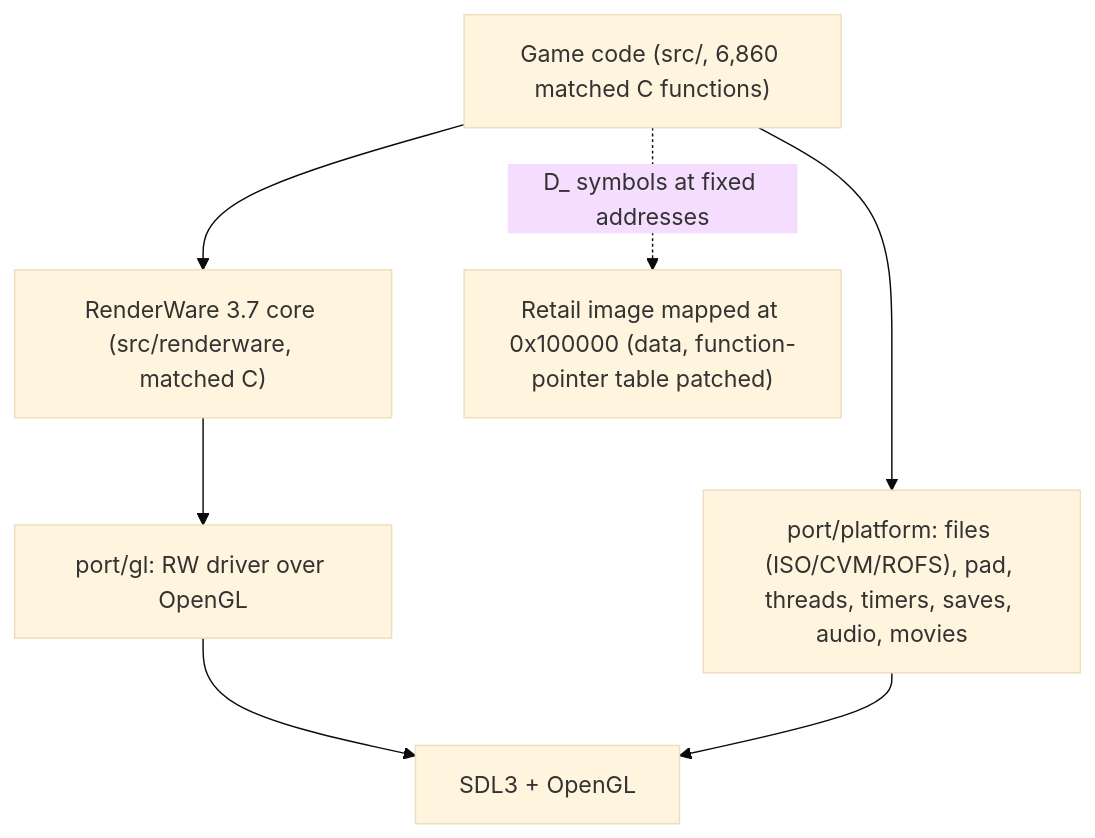
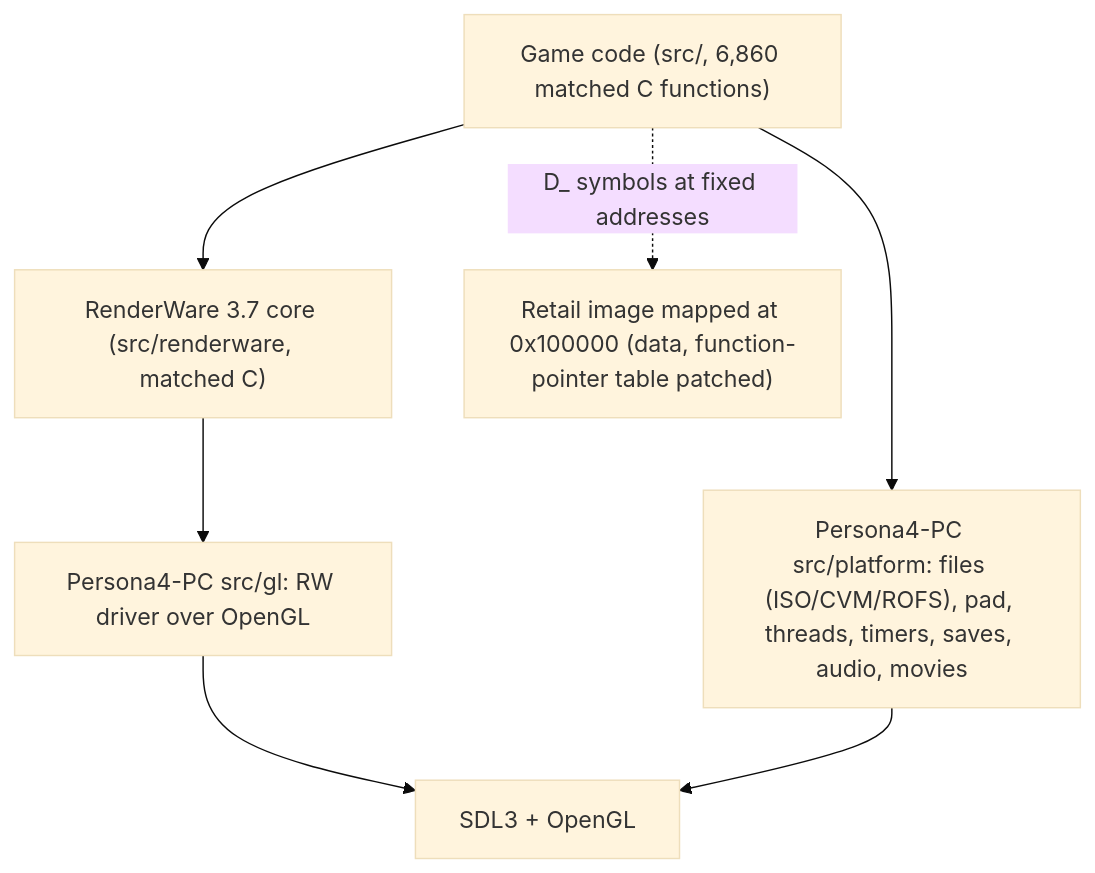
The diagram in docs/port/README.md (Raikaru/Persona4-Decompilation), drawn with Mermaid (base theme) before and after one commit. The commit also changed other lines of this file, not shown here.

Commit message:
docs(port): port moves to its own repo (Raikaru/Persona4-PC); overrides by FUN_ address instead of #ifdef P4_PC

````diff
--- a/docs/port/README.md
+++ b/docs/port/README.md
@@ -29,12 +31,12 @@
 ```mermaid
 flowchart TD
   game["Game code (src/, 6,860 matched C functions)"]
   rw["RenderWare 3.7 core (src/renderware, matched C)"]
-  gl["port/gl: RW driver over OpenGL"]
-  plat["port/platform: files (ISO/CVM/ROFS), pad, threads, timers, saves, audio, movies"]
+  gl["Persona4-PC src/gl: RW driver over OpenGL"]
+  plat["Persona4-PC src/platform: files (ISO/CVM/ROFS), pad, threads, timers, saves, audio, movies"]
   img["Retail image mapped at 0x100000 (data, function-pointer table patched)"]
   sdl["SDL3 + OpenGL"]
   game --> rw --> gl --> sdl
   game --> plat --> sdl
   game -. "D_ symbols at fixed addresses" .-> img
 ```
````
